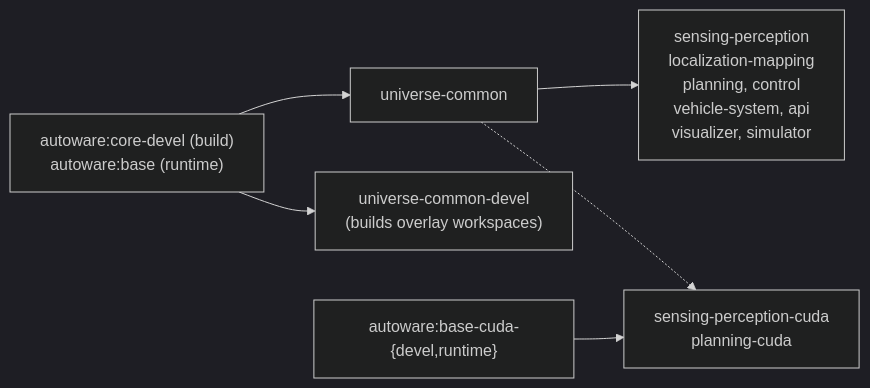
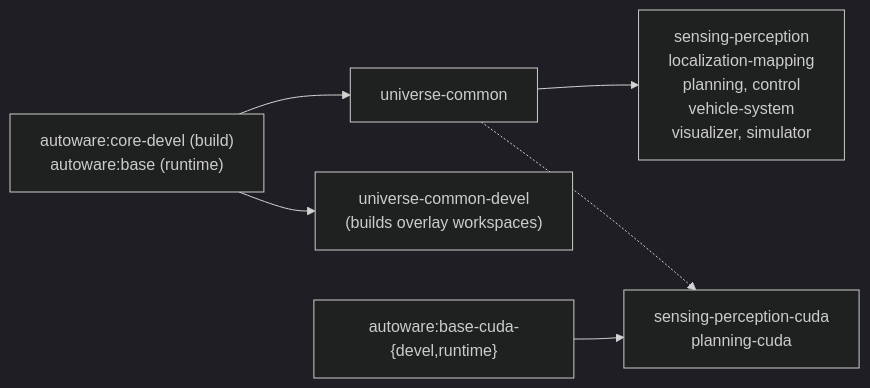
One commit to oguzkaganozt/openadkit changed the diagram in docs/includes/build-pipeline.md. Above: the diagram before and after it, drawn with Mermaid (dark theme). The commit also changed 14 other files, not shown here.

````diff
--- a/docs/includes/build-pipeline.md
+++ b/docs/includes/build-pipeline.md
@@ -1,8 +1,8 @@
 ```mermaid
 flowchart LR
     CORE["autoware:core-devel (build)<br/>autoware:base (runtime)"] --> UC["universe-common"]
     CORE --> UCD["universe-common-devel<br/>(builds overlay workspaces)"]
-    UC --> COMP["sensing-perception<br/>localization-mapping<br/>planning, control<br/>vehicle-system, api<br/>visualizer, simulator"]
+    UC --> COMP["sensing-perception<br/>localization-mapping<br/>planning, control<br/>vehicle-system<br/>visualizer, simulator"]
     CUDA["autoware:base-cuda-{devel,runtime}"] --> GPU["sensing-perception-cuda<br/>planning-cuda"]
     UC -.-> GPU
 ```
````
